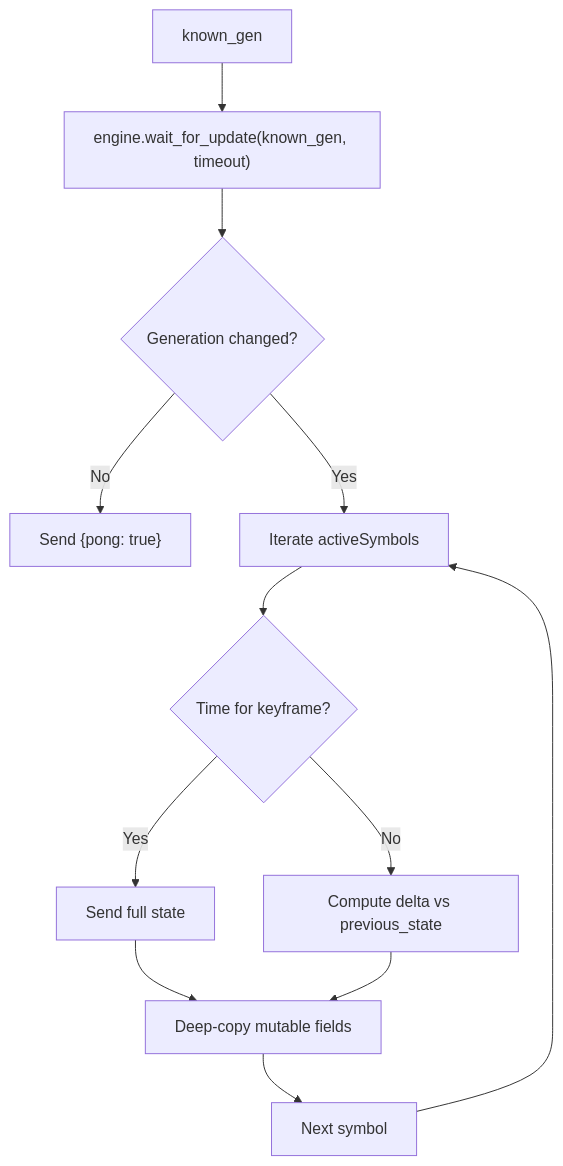
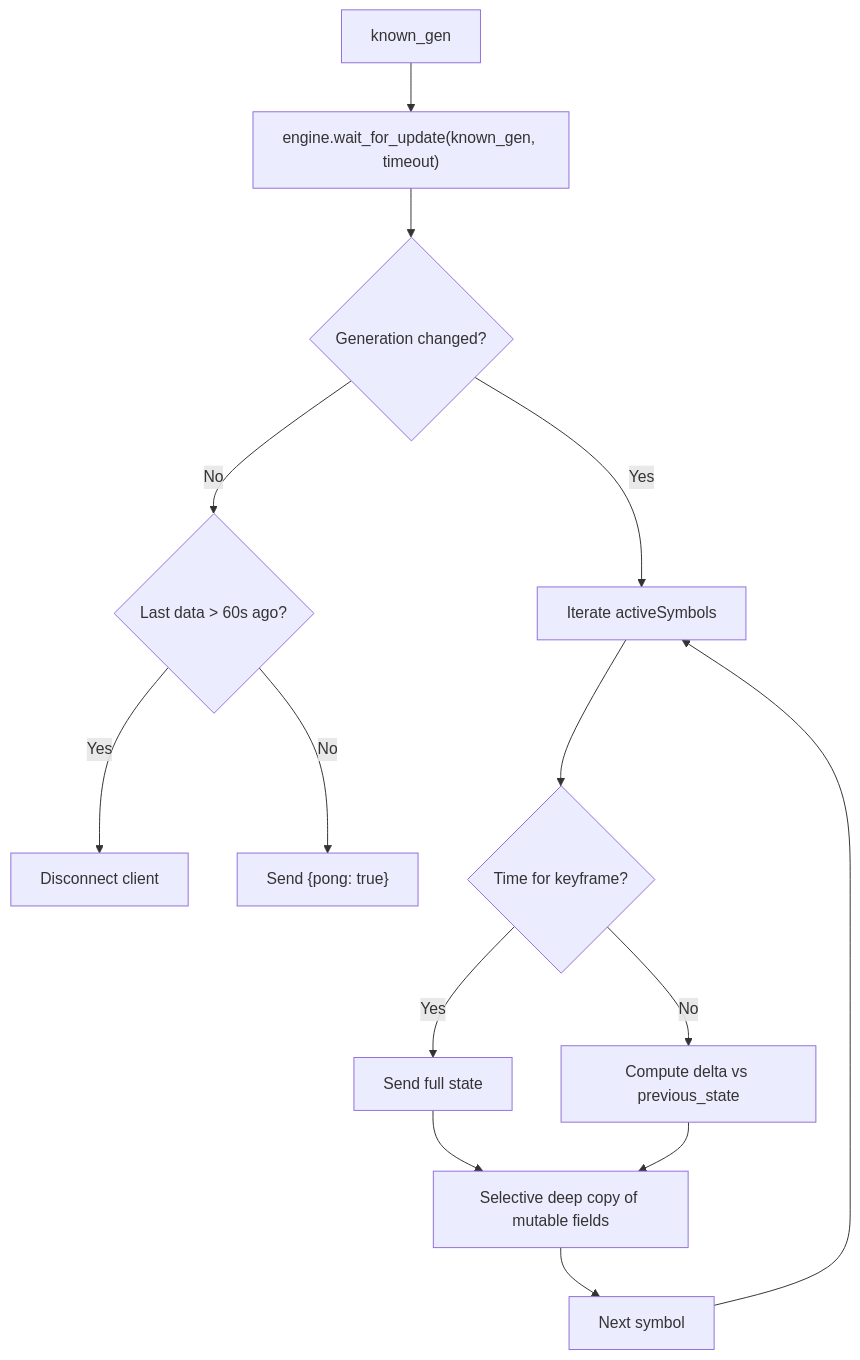
One commit to gemrajkhatry-maker/v5-of-glassytrade-ai changed the fifth of 6 diagrams in .qoder/repowiki/en/content/API Reference/WebSocket Interface.md. Above: the diagram before and after it, drawn with Mermaid. The commit also changed other lines of this file and 219 other files, not shown here.

First line of the commit message:
refactor: major architecture improvements across backend, backendv2, brokers, and frontend

````diff
--- a/.qoder/repowiki/en/content/API Reference/WebSocket Interface.md
+++ b/.qoder/repowiki/en/content/API Reference/WebSocket Interface.md
@@ -185,14 +242,16 @@
 ```mermaid
 flowchart TD
 Gen["known_gen"] --> Wait["engine.wait_for_update(known_gen, timeout)"]
 Wait --> Changed{"Generation changed?"}
-Changed -- No --> Pong["Send {pong: true}"]
+Changed -- No --> StaleCheck{"Last data > 60s ago?"}
+StaleCheck -- Yes --> Disconnect["Disconnect client"]
+StaleCheck -- No --> Pong["Send {pong: true}"]
 Changed -- Yes --> Iterate["Iterate activeSymbols"]
 Iterate --> Keyframe{"Time for keyframe?"}
 Keyframe -- Yes --> Full["Send full state"]
 Keyframe -- No --> Delta["Compute delta vs previous_state"]
-Full --> CopyPrev["Deep-copy mutable fields"]
+Full --> CopyPrev["Selective deep copy of mutable fields"]
 Delta --> CopyPrev
 CopyPrev --> Next["Next symbol"]
 Next --> Iterate
 ```
````
